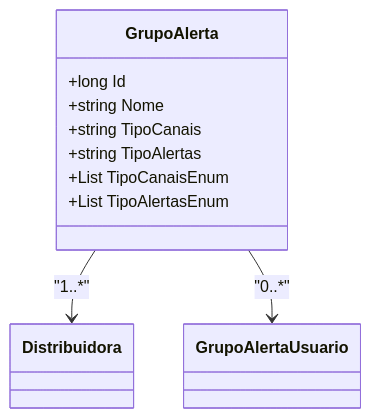
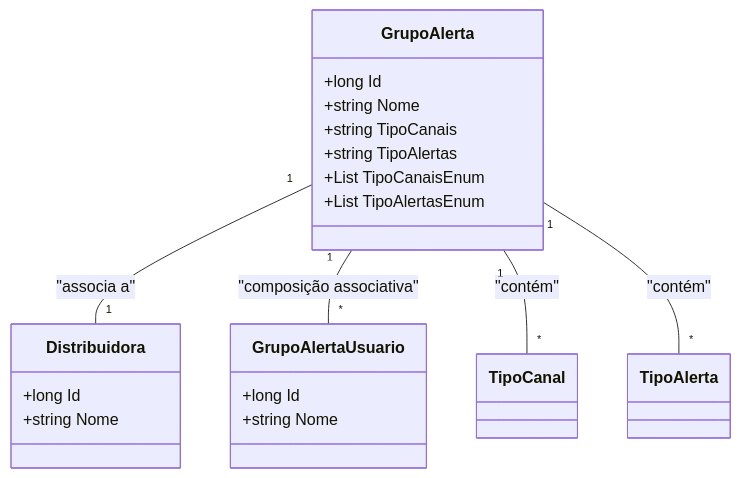
The third of 3 diagrams in docs/b2b-dominio/IsthmusWinthor.Nucleo/IsthmusWinthor.Dominio/Entidades/GrupoAlerta.md (IsthmusSistemas/documentacao-tecnica), drawn with Mermaid before and after one commit. The commit also changed other lines of this file and 882 other files, not shown here.

````diff
--- a/docs/b2b-dominio/IsthmusWinthor.Nucleo/IsthmusWinthor.Dominio/Entidades/GrupoAlerta.md
+++ b/docs/b2b-dominio/IsthmusWinthor.Nucleo/IsthmusWinthor.Dominio/Entidades/GrupoAlerta.md
@@ -62,16 +67,26 @@
 ```mermaid
 classDiagram
     class GrupoAlerta {
         +long Id
         +string Nome
         +string TipoCanais
         +string TipoAlertas
         +List<TipoCanal> TipoCanaisEnum
         +List<TipoAlerta> TipoAlertasEnum
     }
-    class Distribuidora {}
-    class GrupoAlertaUsuario {}
+    class Distribuidora {
+        +long Id
+        +string Nome
+    }
+    class GrupoAlertaUsuario {
+        +long Id
+        +string Nome
+    }
+    class TipoCanal {}
+    class TipoAlerta {}
 
-    GrupoAlerta --> Distribuidora : "1..*"
-    GrupoAlerta --> GrupoAlertaUsuario : "0..*"
+    GrupoAlerta "1" -- "1" Distribuidora : "associa a"
+    GrupoAlerta "1" -- "*" GrupoAlertaUsuario : "composição associativa"
+    GrupoAlerta "1" -- "*" TipoCanal : "contém"
+    GrupoAlerta "1" -- "*" TipoAlerta : "contém"
 ```
````
